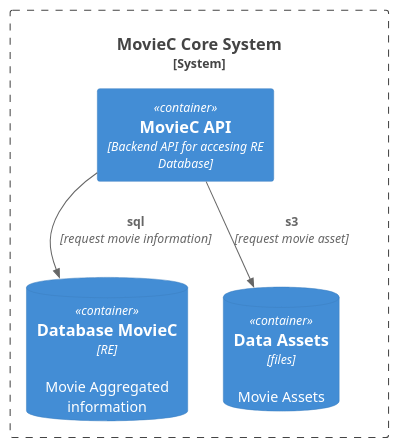
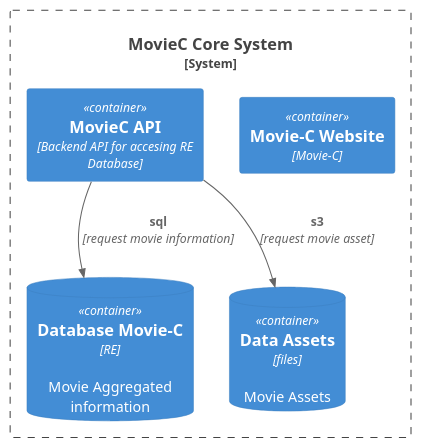
One commit to driucorado/cs-clarity-ai changed the first of 5 diagrams in SOLUTION.md. Above: the diagram before and after it, drawn with PlantUML. The commit also changed other lines of this file, not shown here.

````diff
--- a/SOLUTION.md
+++ b/SOLUTION.md
@@ -20,11 +29,13 @@
 ```plantuml
 !include https://raw.githubusercontent.com/plantuml-stdlib/C4-PlantUML/master/C4_Container.puml
 
+
 System_Boundary(c1, "MovieC Core System") {
+    Container(website, "Movie-C Website", "Movie-C")
     Container(api, "MovieC API", "Backend API for accesing RE Database")
-    ContainerDb(db, "Database MovieC", "RE", "Movie Aggregated information")
+    ContainerDb(db, "Database Movie-C", "RE", "Movie Aggregated information")
     ContainerDb(bucket, "Data Assets", "files", "Movie Assets")
     Rel(api, db, "sql", "request movie information")
     Rel(api, bucket, "s3", "request movie asset")
 }
 ```
````
